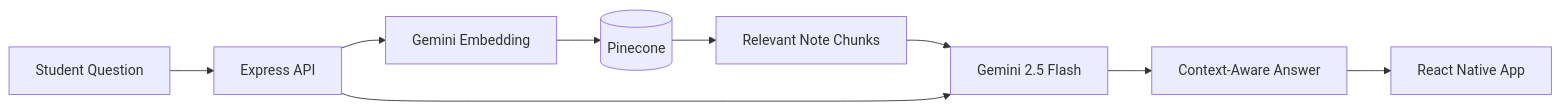
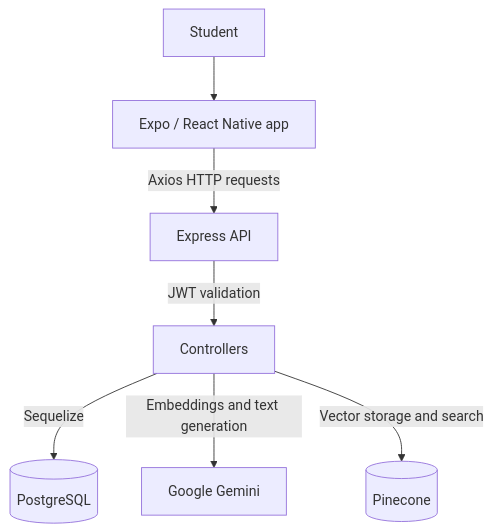
One commit to othmaneslaimani2-jpg/StudyBuddy-AI changed the first of 3 diagrams in README.md. Above: the diagram before and after it, drawn with Mermaid. The commit also changed other lines of this file, not shown here.

````diff
--- a/README.md
+++ b/README.md
@@ -79,11 +66,9 @@
 ```mermaid
-flowchart LR
-    A[Student Question] --> B[Express API]
-    B --> C[Gemini Embedding]
-    C --> D[(Pinecone)]
-    D --> E[Relevant Note Chunks]
-    E --> F[Gemini 2.5 Flash]
-    B --> F
-    F --> G[Context-Aware Answer]
-    G --> H[React Native App]
+flowchart TD
+    U[Student] --> M[Expo / React Native app]
+    M -->|Axios HTTP requests| A[Express API]
+    A -->|JWT validation| C[Controllers]
+    C -->|Sequelize| DB[(PostgreSQL)]
+    C -->|Embeddings and text generation| G[Google Gemini]
+    C -->|Vector storage and search| P[(Pinecone)]
 ```
````
